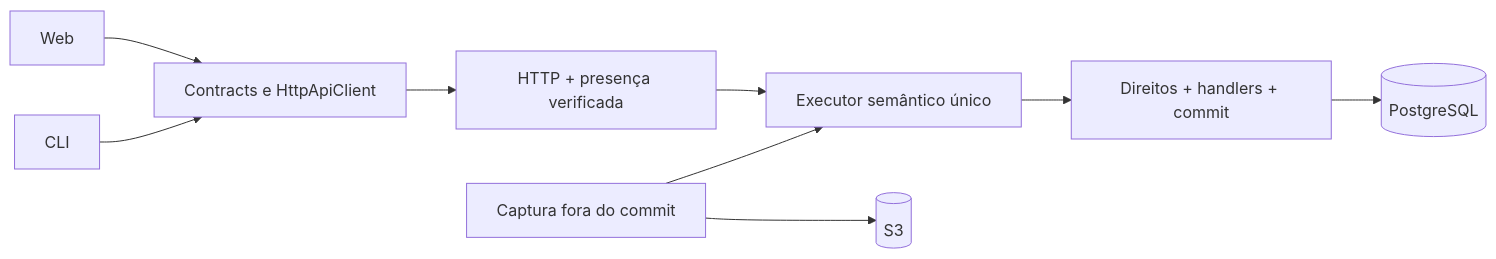
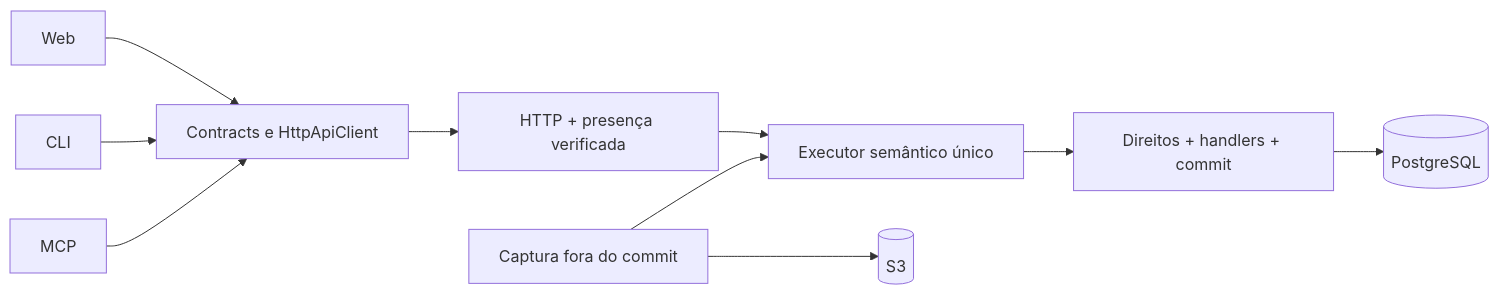
Before and after one commit to EnzoTironi/zoen: the diagram in docs/architecture.md, drawn with Mermaid. The commit also changed other lines of this file and 28 other files, not shown here.

````diff
--- a/docs/architecture.md
+++ b/docs/architecture.md
@@ -37,11 +38,12 @@
 ```mermaid
 flowchart LR
   W[Web] --> C[Contracts e HttpApiClient]
   L[CLI] --> C
+  M[MCP] --> C
   C --> H[HTTP + presença verificada]
   H --> E[Executor semântico único]
   E --> A[Direitos + handlers + commit]
   A --> P[(PostgreSQL)]
   S[Captura fora do commit] --> O[(S3)]
   S --> E
 ```
````
